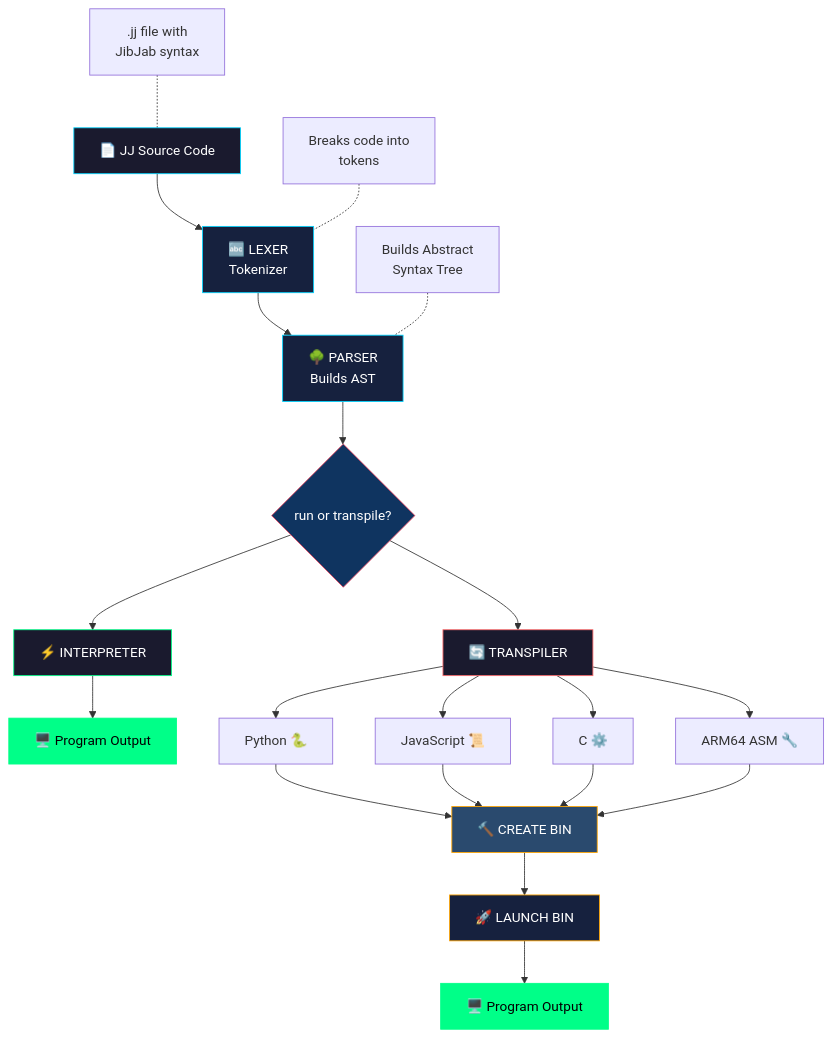
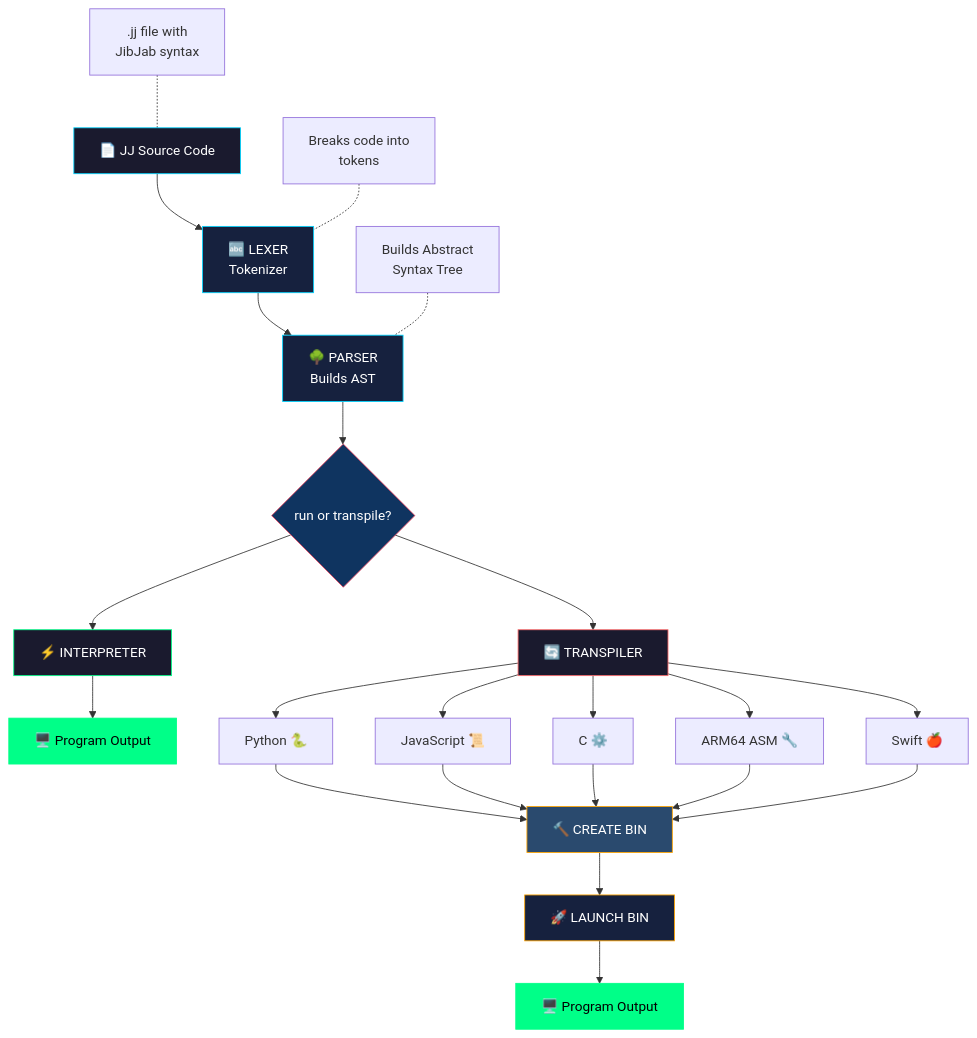
Before and after one commit to SuperBox64/JibberJabber: the diagram in README.md, drawn with Mermaid. The commit also changed other lines of this file and 8 other files, not shown here.

````diff
--- a/README.md
+++ b/README.md
@@ -366,38 +375,40 @@
 ```mermaid
 flowchart TD
     A[📄 JJ Source Code] --> B[🔤 LEXER<br>Tokenizer]
     B --> C[🌳 PARSER<br>Builds AST]
     C --> D{run or transpile?}
 
     A1[".jj file with<br>JibJab syntax"] -.- A
     B1["Breaks code into<br>tokens"] -.- B
     C1["Builds Abstract<br>Syntax Tree"] -.- C
 
     D --> E[⚡ INTERPRETER]
     E --> F[🖥️ Program Output]
 
     D --> G[🔄 TRANSPILER]
     G --> H[Python 🐍]
     G --> I[JavaScript 📜]
     G --> J[C ⚙️]
     G --> K[ARM64 ASM 🔧]
+    G --> L[Swift 🍎]
 
     H --> M[🔨 CREATE BIN]
     I --> M
     J --> M
     K --> M
+    L --> M
     M --> N[🚀 LAUNCH BIN]
     N --> O[🖥️ Program Output]
 
     style M fill:#2a4a6e,stroke:#ffa500,color:#fff
     style N fill:#16213e,stroke:#ffa500,color:#fff
     style O fill:#00ff88,stroke:#00ff88,color:#000
 
     style A fill:#1a1a2e,stroke:#00d4ff,color:#fff
     style B fill:#16213e,stroke:#00d4ff,color:#fff
     style C fill:#16213e,stroke:#00d4ff,color:#fff
     style D fill:#0f3460,stroke:#e94560,color:#fff
     style E fill:#1a1a2e,stroke:#00ff88,color:#fff
     style F fill:#00ff88,stroke:#00ff88,color:#000
     style G fill:#1a1a2e,stroke:#ff6b6b,color:#fff
 ```
````
